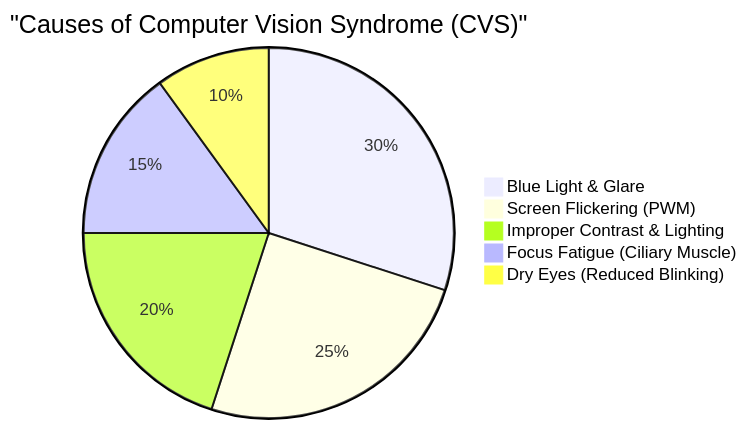
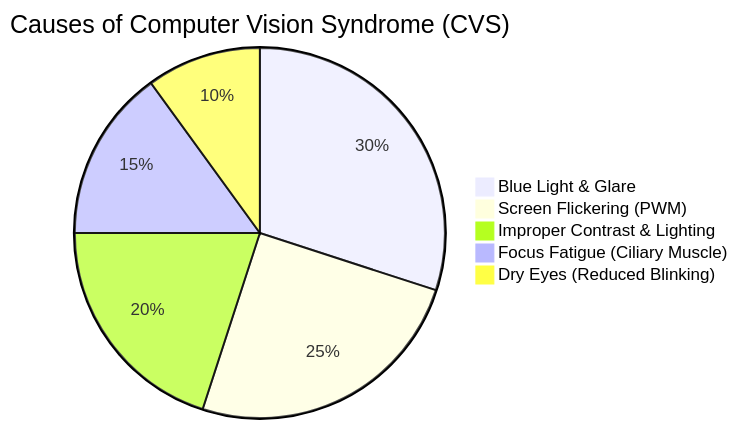
Before and after one commit to kenjinote/blog: the first of 4 diagrams in content/post/eye_strain_relief/index.en.md, drawn with Mermaid. The commit also changed other lines of this file and 703 other files, not shown here.

Commit message:
Fix: Remove quotes from Mermaid link texts and timeline definitions to support Mermaid 11.4.1

````diff
--- a/content/post/eye_strain_relief/index.en.md
+++ b/content/post/eye_strain_relief/index.en.md
@@ -24,8 +24,8 @@
 ```mermaid
-pie title "Causes of Computer Vision Syndrome (CVS)"
+pie title Causes of Computer Vision Syndrome (CVS)
     "Blue Light & Glare" : 30
     "Screen Flickering (PWM)" : 25
     "Improper Contrast & Lighting" : 20
     "Focus Fatigue (Ciliary Muscle)" : 15
     "Dry Eyes (Reduced Blinking)" : 10
 ```
````
